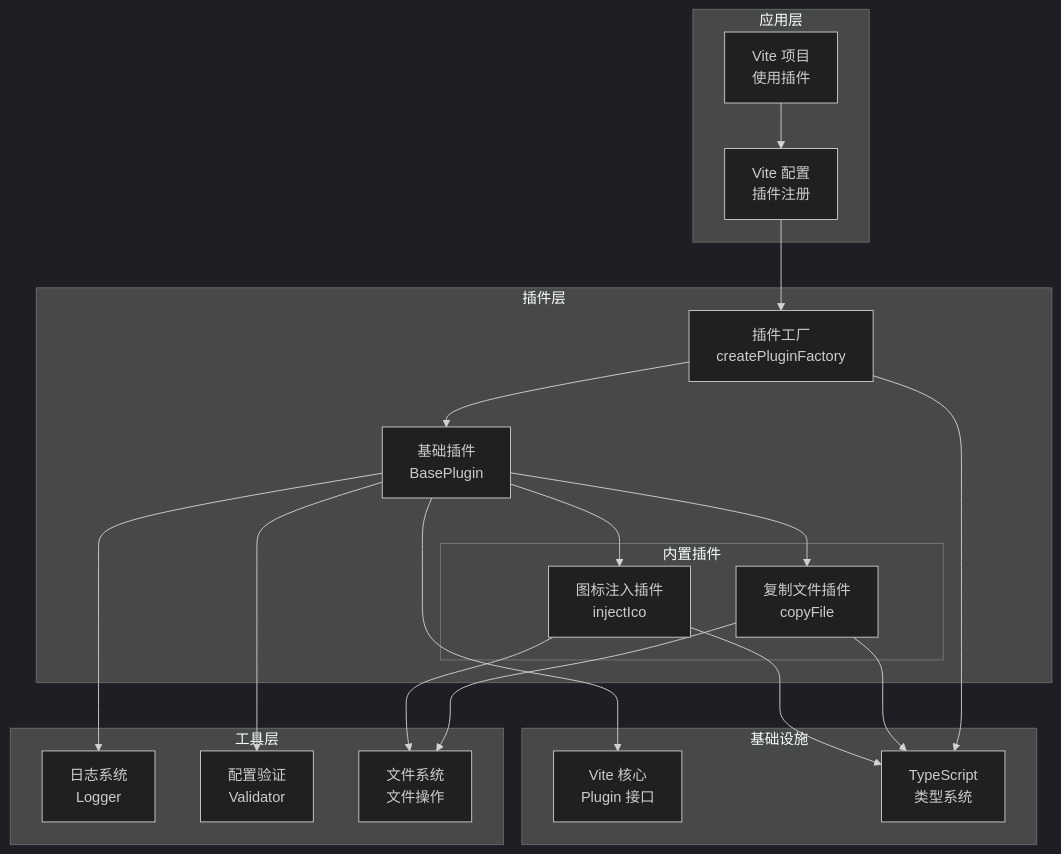
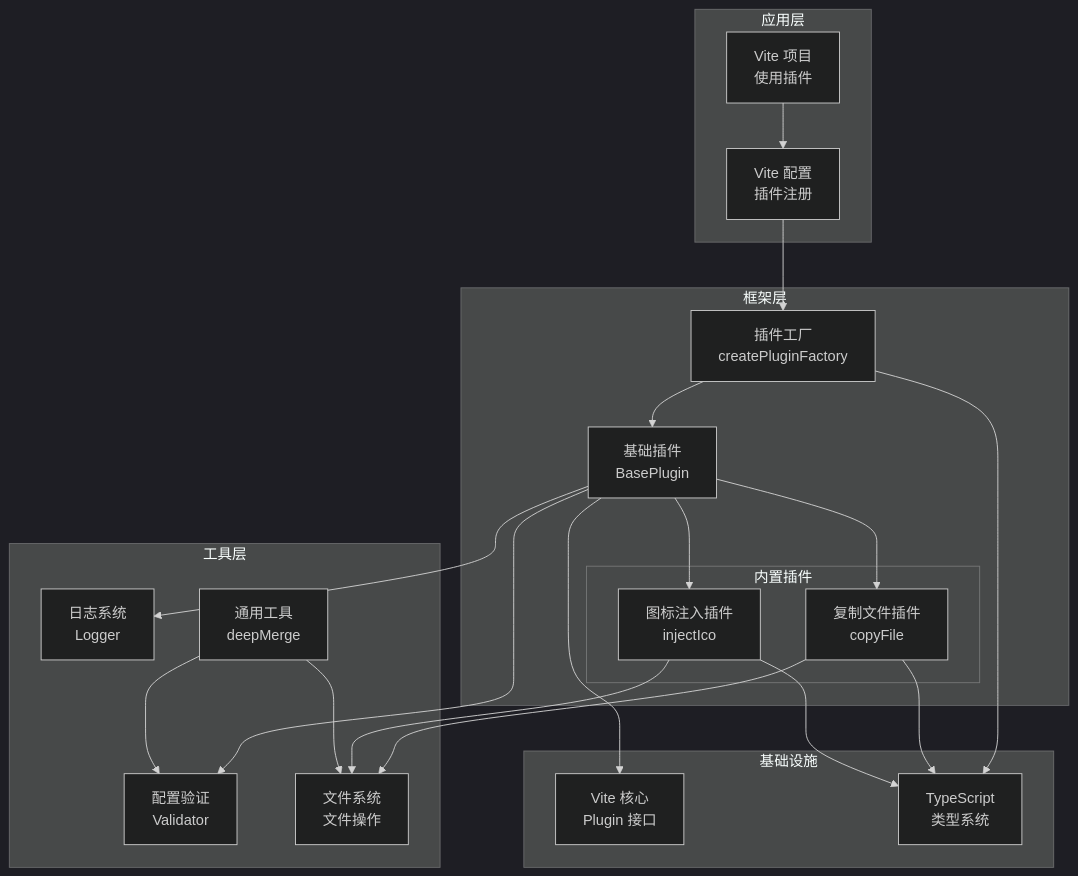
Before and after one commit to MengXi-Studio/vite-plugin: the first of 8 diagrams in .qoder/repowiki/zh/content/项目概述.md, drawn with Mermaid (dark theme). The commit also changed other lines of this file and 5 other files, not shown here.

````diff
--- a/.qoder/repowiki/zh/content/项目概述.md
+++ b/.qoder/repowiki/zh/content/项目概述.md
@@ -117,37 +93,40 @@
 ```mermaid
 graph TB
 subgraph "应用层"
 App["Vite 项目<br/>使用插件"]
 Config["Vite 配置<br/>插件注册"]
 end
-subgraph "插件层"
+subgraph "框架层"
 Factory["插件工厂<br/>createPluginFactory"]
 BasePlugin["基础插件<br/>BasePlugin<T>"]
 subgraph "内置插件"
 CopyFile["复制文件插件<br/>copyFile"]
 InjectIco["图标注入插件<br/>injectIco"]
 end
 end
 subgraph "工具层"
 Logger["日志系统<br/>Logger"]
 Validator["配置验证<br/>Validator"]
 FS["文件系统<br/>文件操作"]
+Common["通用工具<br/>deepMerge"]
 end
 subgraph "基础设施"
 Vite["Vite 核心<br/>Plugin 接口"]
 TS["TypeScript<br/>类型系统"]
 end
 App --> Config
 Config --> Factory
 Factory --> BasePlugin
 BasePlugin --> CopyFile
 BasePlugin --> InjectIco
 BasePlugin --> Logger
 BasePlugin --> Validator
 CopyFile --> FS
 InjectIco --> FS
 BasePlugin --> Vite
 Factory --> TS
 CopyFile --> TS
 InjectIco --> TS
+Common --> FS
+Common --> Validator
 ```
````
